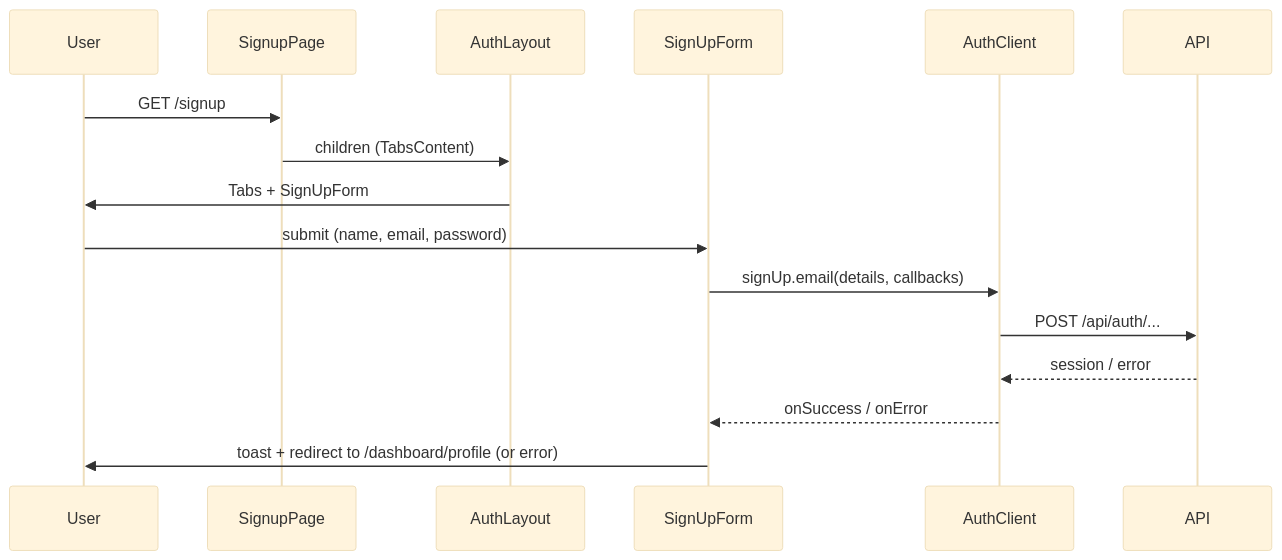
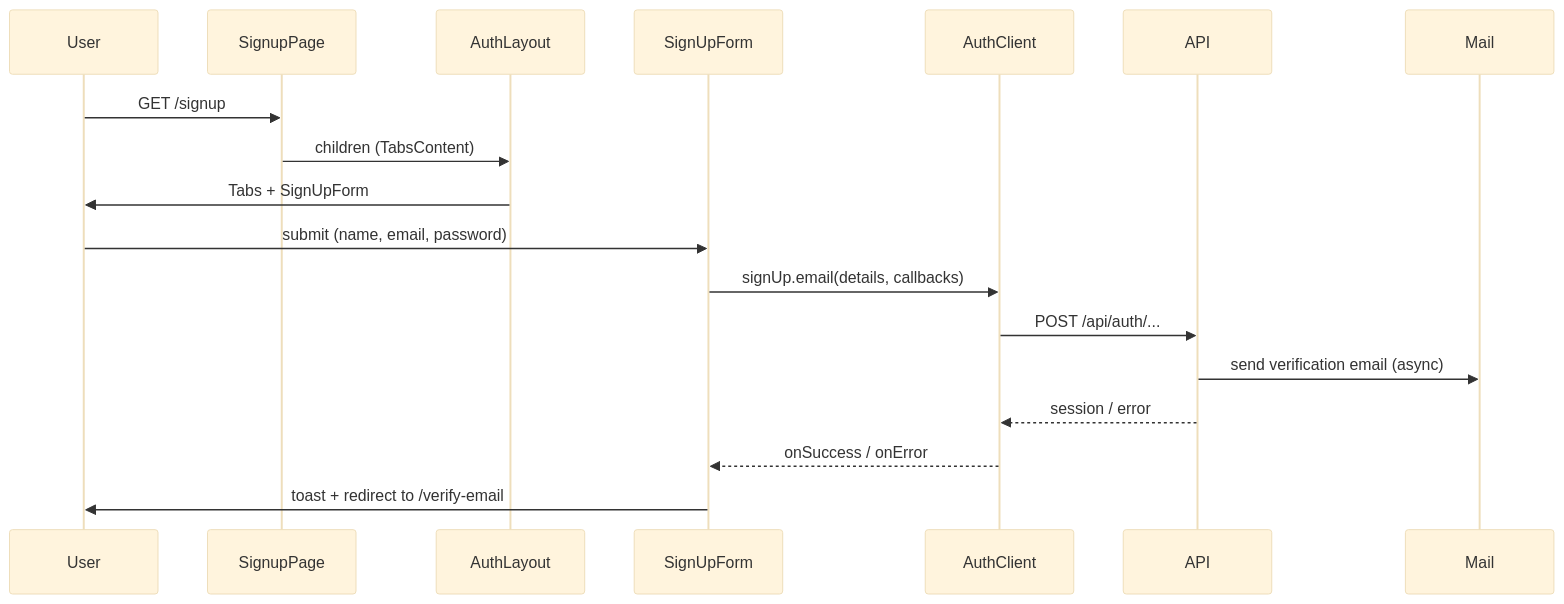
The second of 4 diagrams in docs/ARCHITECTURE.md (mruhacks/mruhacks2026), drawn with Mermaid (base theme) before and after one commit. The commit also changed other lines of this file and 2 other files, not shown here.

````diff
--- a/docs/ARCHITECTURE.md
+++ b/docs/ARCHITECTURE.md
@@ -152,19 +159,21 @@
 ```mermaid
 sequenceDiagram
   participant User
   participant SignupPage
   participant AuthLayout
   participant SignUpForm
   participant AuthClient
   participant API
+  participant Mail
 
   User->>SignupPage: GET /signup
   SignupPage->>AuthLayout: children (TabsContent)
   AuthLayout->>User: Tabs + SignUpForm
   User->>SignUpForm: submit (name, email, password)
   SignUpForm->>AuthClient: signUp.email(details, callbacks)
   AuthClient->>API: POST /api/auth/...
+  API->>Mail: send verification email (async)
   API-->>AuthClient: session / error
   AuthClient-->>SignUpForm: onSuccess / onError
-  SignUpForm->>User: toast + redirect to /dashboard/profile (or error)
+  SignUpForm->>User: toast + redirect to /verify-email
 ```
````
